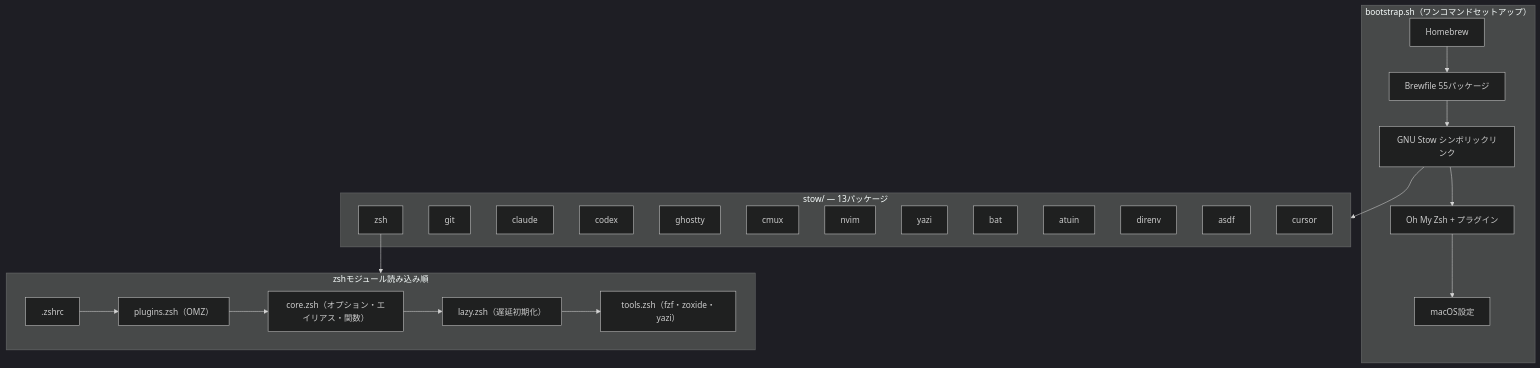
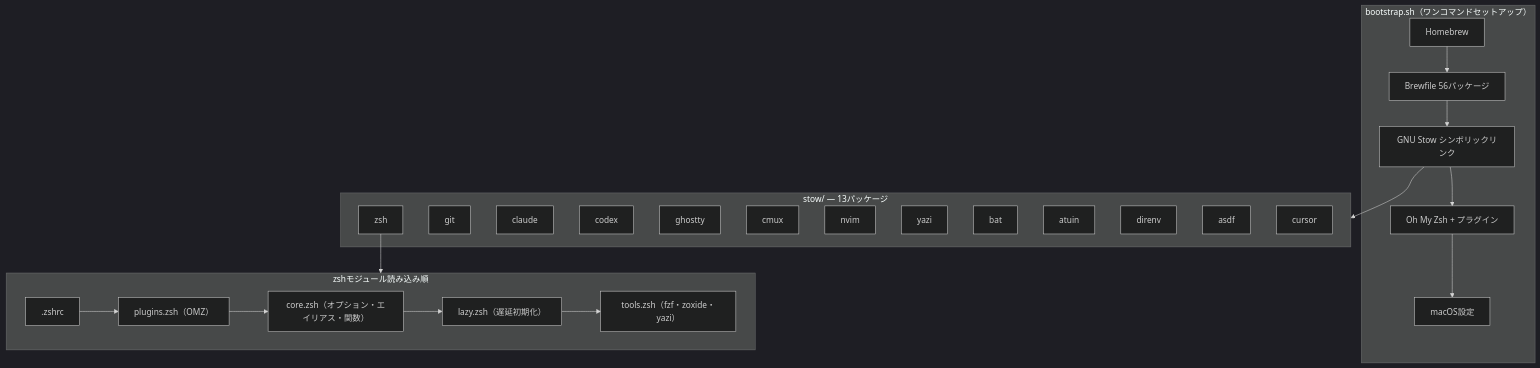
One commit to otake-shol/dotfiles changed the diagram in README.md. Above: the diagram before and after it, drawn with Mermaid (dark theme). The commit also changed other lines of this file, not shown here.

Commit message:
docs(readme): Brewfile件数を56に同期しChrome縦タブ設定手順を追記

````diff
--- a/README.md
+++ b/README.md
@@ -96,36 +97,36 @@
 ```mermaid
 graph TB
     subgraph bootstrap["bootstrap.sh（ワンコマンドセットアップ）"]
         B1[Homebrew]
-        B1 --> B2[Brewfile 55パッケージ]
+        B1 --> B2[Brewfile 56パッケージ]
         B2 --> B3[GNU Stow シンボリックリンク]
         B3 --> B4[Oh My Zsh + プラグイン]
         B4 --> B5[macOS設定]
     end
 
     subgraph stow["stow/ — 13パッケージ"]
         S1[zsh]
         S2[git]
         S3[claude]
         S4[codex]
         S5[ghostty]
         S6[cmux]
         S7[nvim]
         S8[yazi]
         S9[bat]
         S10[atuin]
         S11[direnv]
         S12[asdf]
         S13[cursor]
     end
 
     subgraph shell["zshモジュール読み込み順"]
         Z1[".zshrc"] --> Z2["plugins.zsh（OMZ）"]
         Z2 --> Z3["core.zsh（オプション・エイリアス・関数）"]
         Z3 --> Z4["lazy.zsh（遅延初期化）"]
         Z4 --> Z5["tools.zsh（fzf・zoxide・yazi）"]
     end
 
     B3 --> stow
     S1 --> shell
 ```
````
